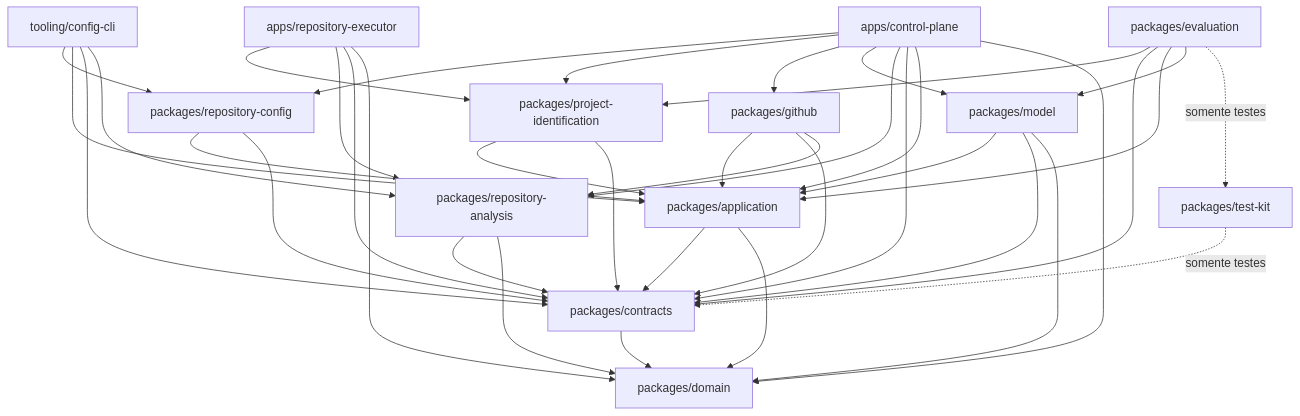
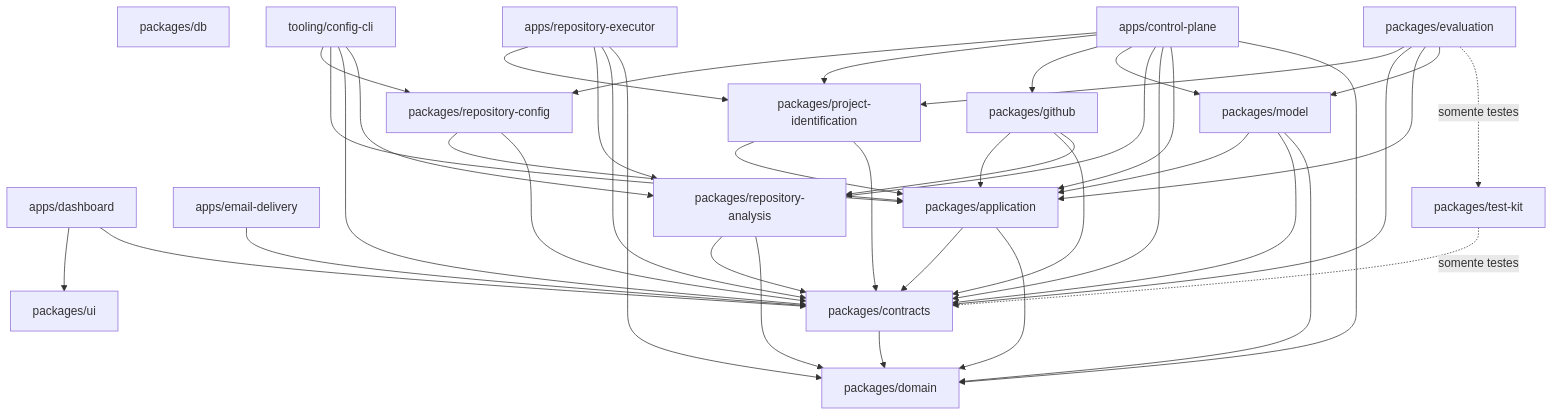
The diagram in docs/architecture/technical-ecosystem.md (ThiagoCrepequer/holon), drawn with Mermaid before and after one commit. The commit also changed other lines of this file and 99 other files, not shown here.

````diff
--- a/docs/architecture/technical-ecosystem.md
+++ b/docs/architecture/technical-ecosystem.md
@@ -84,54 +88,61 @@
 ```mermaid
 flowchart TD
+    DS[apps/dashboard]
+    EM[apps/email-delivery]
+    UI[packages/ui]
+    DB[packages/db]
+    DS --> UI
+    DS --> CT
+    EM --> CT
     CP[apps/control-plane]
     EX[apps/repository-executor]
     GH[packages/github]
     MO[packages/model]
     RA[packages/repository-analysis]
     PI[packages/project-identification]
     CT[packages/contracts]
     EV[packages/evaluation]
     AP[packages/application]
     DO[packages/domain]
     TK[packages/test-kit]
     RC[packages/repository-config]
     CLI[tooling/config-cli]
 
     CP --> RC
     CP --> PI
     EX --> PI
     EV --> PI
     RC --> AP
     RC --> CT
     CLI --> RC
     CLI --> AP
     CLI --> CT
     CLI --> RA
     CP --> GH
     CP --> MO
     CP --> RA
     CP --> CT
     CP --> AP
     CP --> DO
     EX --> RA
     EX --> CT
     EX --> DO
     GH --> AP
     GH --> CT
     GH --> RA
     MO --> AP
     MO --> CT
     MO --> DO
     RA --> CT
     RA --> DO
     PI --> AP
     PI --> CT
     EV --> CT
     EV --> AP
     EV --> MO
     EV -. somente testes .-> TK
     CT --> DO
     AP --> CT
     AP --> DO
     TK -. somente testes .-> CT
 ```
````
